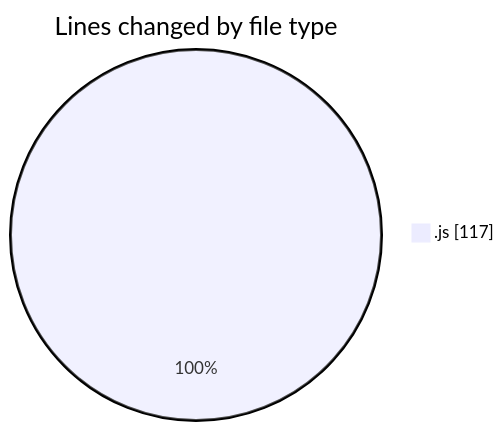
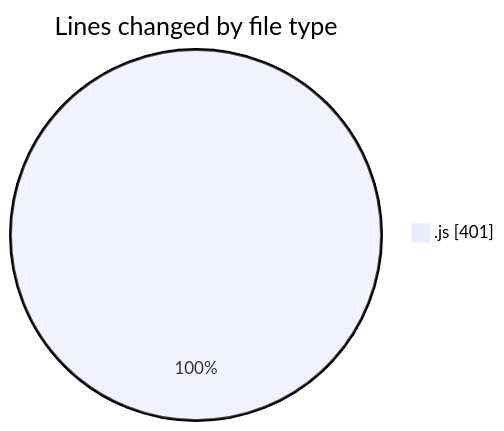
The first of 2 diagrams in 2025-08-05/javascript/README.md (Ritupan-Deka/code-tracking), drawn with Mermaid before and after one commit. The commit also changed other lines of this file and 1 other file, not shown here.

````diff
--- a/2025-08-05/javascript/README.md
+++ b/2025-08-05/javascript/README.md
@@ -21,5 +21,5 @@
 ```mermaid
 pie showData
 title Lines changed by file type
-".js" : 117
+".js" : 401
 ```
````
